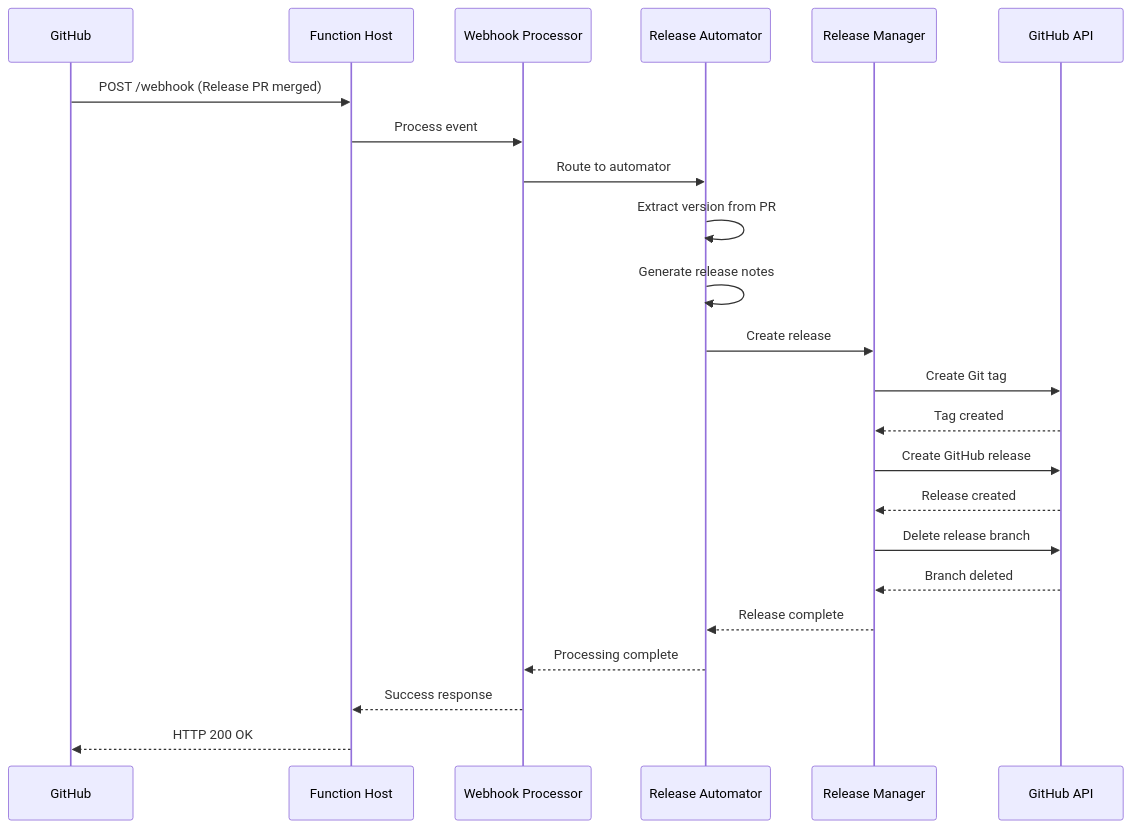
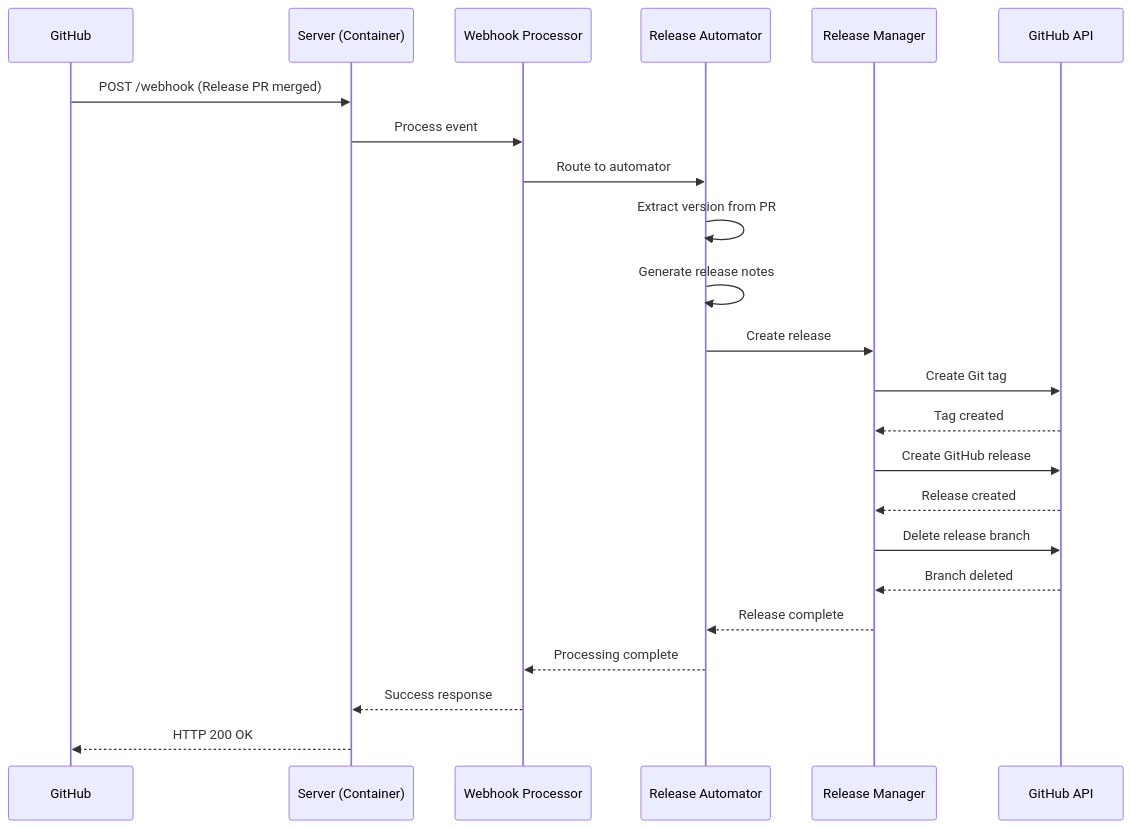
Before and after one commit to pvandervelde/release_regent: the fifth of 9 diagrams in docs/specs/architecture/overview.md, drawn with Mermaid. The commit also changed other lines of this file and 1 other file, not shown here.

First line of the commit message:
docs: record container deployment model in ADR-002 and update arch spec

````diff
--- a/docs/specs/architecture/overview.md
+++ b/docs/specs/architecture/overview.md
@@ -183,26 +189,26 @@
 ```mermaid
 sequenceDiagram
     participant G as GitHub
-    participant F as Function Host
+    participant F as Server (Container)
     participant W as Webhook Processor
     participant A as Release Automator
     participant R as Release Manager
     participant API as GitHub API
 
     G->>F: POST /webhook (Release PR merged)
     F->>W: Process event
     W->>A: Route to automator
     A->>A: Extract version from PR
     A->>A: Generate release notes
     A->>R: Create release
     R->>API: Create Git tag
     API-->>R: Tag created
     R->>API: Create GitHub release
     API-->>R: Release created
     R->>API: Delete release branch
     API-->>R: Branch deleted
     R-->>A: Release complete
     A-->>W: Processing complete
     W-->>F: Success response
     F-->>G: HTTP 200 OK
 ```
````
